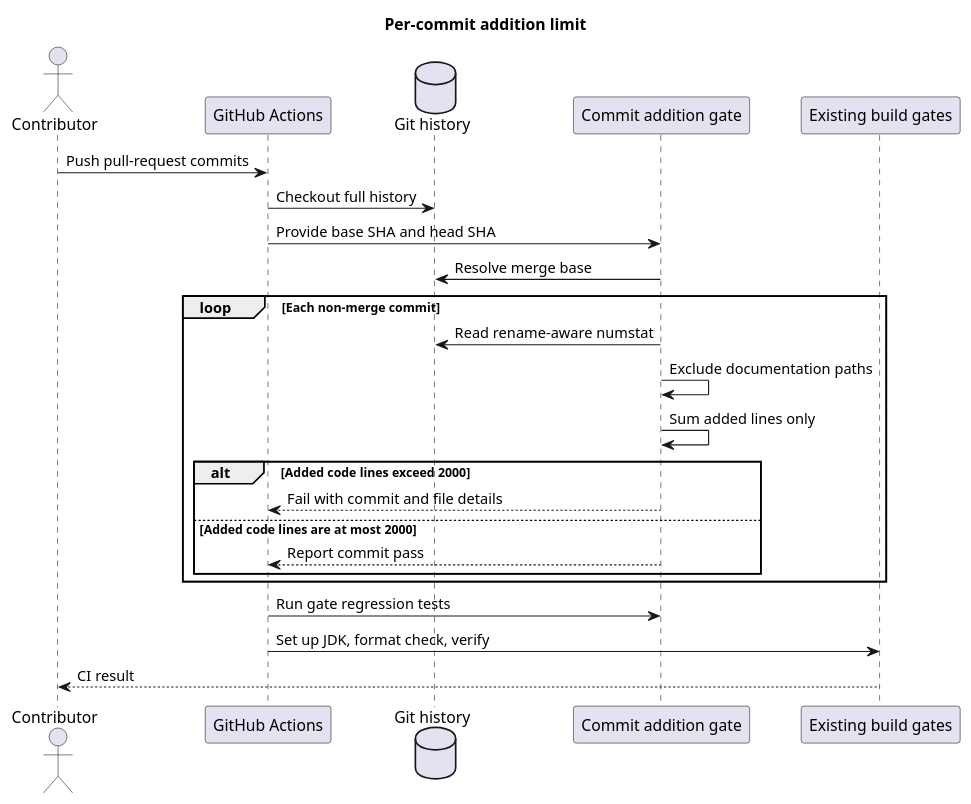
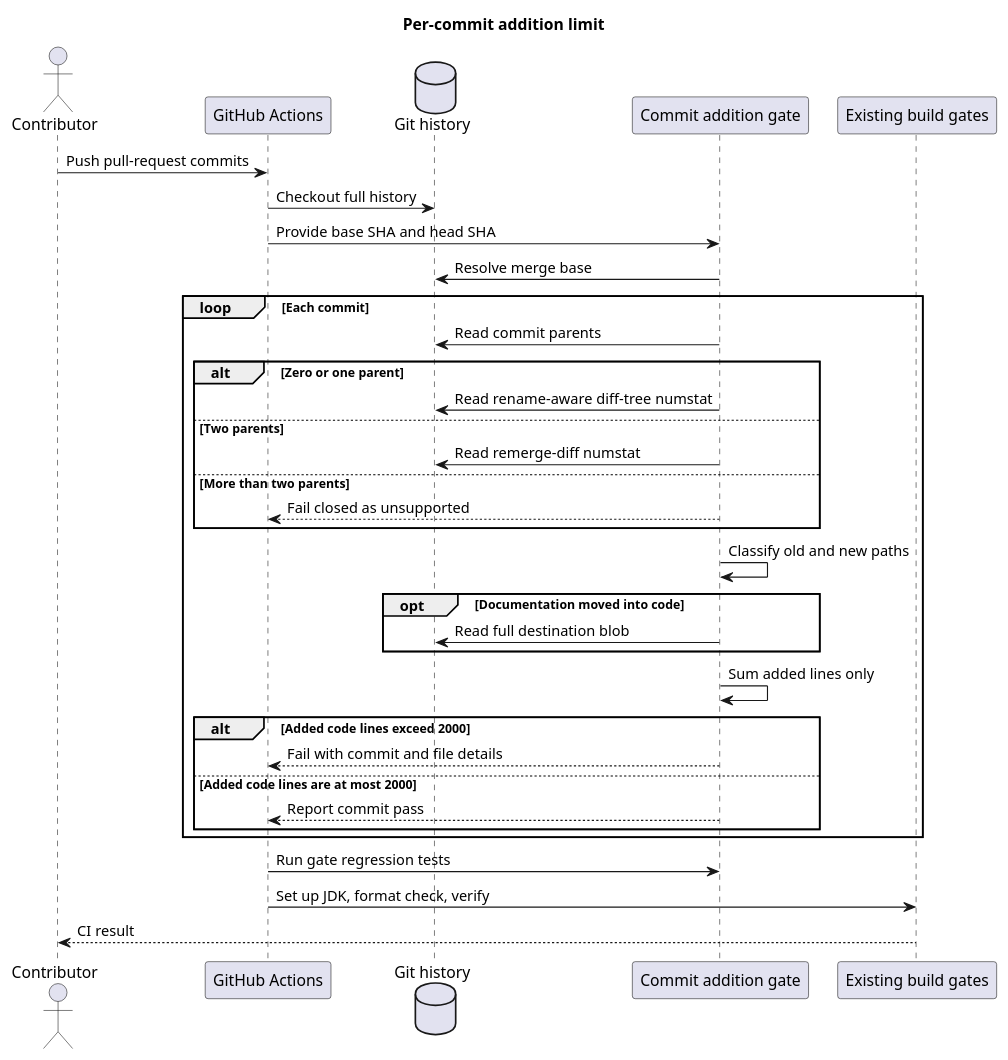
One commit to 2862282695gjh-afk/pi-mono-java changed the diagram in docs/designs/commit-addition-limit/diagram.puml. Above: the diagram before and after it, drawn with PlantUML. The commit also changed 3 other files, not shown here.

```diff
--- a/docs/designs/commit-addition-limit/diagram.puml
+++ b/docs/designs/commit-addition-limit/diagram.puml
@@ -1,33 +1,44 @@
 @startuml commit_addition_limit
-' Source evidence: .github/workflows/ci.yml:1-25 at c9d858bc8261bf07f5585f545b53495bf2226a56.
+' Pre-change source evidence: .github/workflows/ci.yml:3-7,13,15-26 at c9d858bc8261bf07f5585f545b53495bf2226a56.
+' Reviewed implementation evidence: scripts/check-commit-additions.sh:40-202 and scripts/tests/check-commit-additions-test.sh:86-234 at 93a0c11952218cb03cb4f9b89927e2280820dbce.
 ' Observed behavior: CI checked formatting and the Maven build without a commit-size gate.
-' Target-only design: scripts/check-commit-additions.sh checks each non-merge commit.
-' Design reason: bound reviewable commit size without charging documentation additions.
+' Architecture change: the gate checks normal and merge-only commit additions and fails closed.
+' Design reason: bound reviewable commit size without charging documentation or target history.
 title Per-commit addition limit
 
 actor Contributor
 participant "GitHub Actions" as Actions
 database "Git history" as Git
 participant "Commit addition gate" as Gate
 participant "Existing build gates" as Build
 
 Contributor -> Actions: Push pull-request commits
 Actions -> Git: Checkout full history
 Actions -> Gate: Provide base SHA and head SHA
 Gate -> Git: Resolve merge base
 
-loop Each non-merge commit
-  Gate -> Git: Read rename-aware numstat
-  Gate -> Gate: Exclude documentation paths
+loop Each commit
+  Gate -> Git: Read commit parents
+  alt Zero or one parent
+    Gate -> Git: Read rename-aware diff-tree numstat
+  else Two parents
+    Gate -> Git: Read remerge-diff numstat
+  else More than two parents
+    Gate --> Actions: Fail closed as unsupported
+  end
+  Gate -> Gate: Classify old and new paths
+  opt Documentation moved into code
+    Gate -> Git: Read full destination blob
+  end
   Gate -> Gate: Sum added lines only
   alt Added code lines exceed 2000
     Gate --> Actions: Fail with commit and file details
   else Added code lines are at most 2000
     Gate --> Actions: Report commit pass
   end
 end
 
 Actions -> Gate: Run gate regression tests
 Actions -> Build: Set up JDK, format check, verify
 Build --> Contributor: CI result
 @enduml
```
